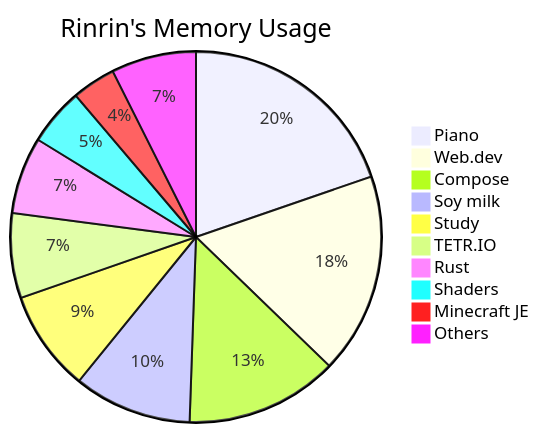
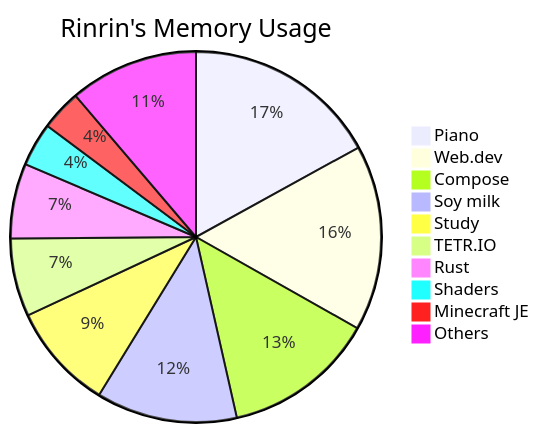
One commit to Rinrin0413/Rinrin0413 changed the diagram in README.md. Above: the diagram before and after it, drawn with Mermaid.

Commit message:
🛠 Update: Rinrin's Memory Usage

````diff
--- a/README.md
+++ b/README.md
@@ -76,13 +76,13 @@
 ```mermaid
 pie title Rinrin's Memory Usage
-    "Piano": 197
-    "Web.dev": 175
-    "Compose": 133
-    "Soy milk": 103
-    "Study": 88
-    "TETR.IO": 74
-    "Rust": 67
-    "Shaders": 50
-    "Minecraft JE": 38
-    "Others": 74
+    "Piano": 192
+    "Web.dev": 183
+    "Compose": 150
+    "Soy milk": 139
+    "Study": 105
+    "TETR.IO": 77
+    "Rust": 74
+    "Shaders": 43
+    "Minecraft JE": 40
+    "Others": 127
 ```
````
